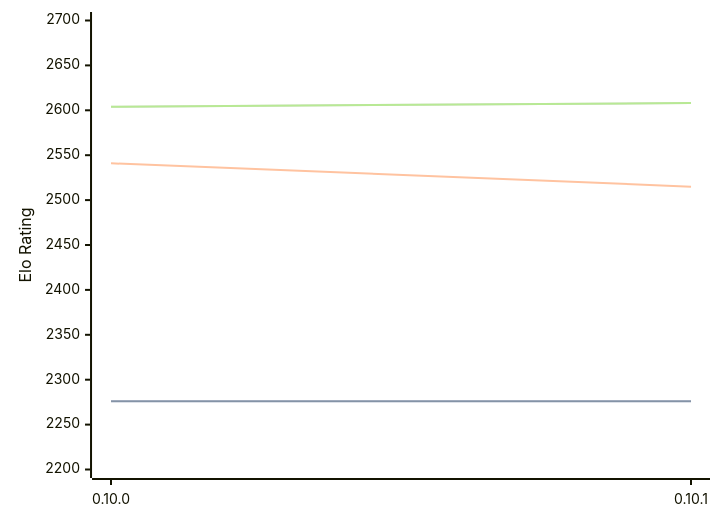
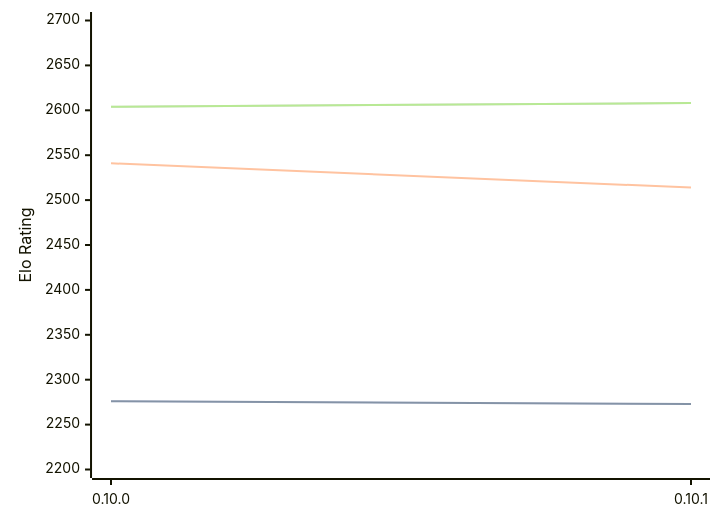
The diagram in engines/Fatalii.md (computer-chess-index/cci), drawn with Mermaid before and after one commit. The commit also changed other lines of this file, not shown here.

````diff
--- a/engines/Fatalii.md
+++ b/engines/Fatalii.md
@@ -32,11 +32,11 @@
 ```mermaid
 %%{init: {"theme":"base","themeVariables":{"seriesColors:['#a3a3a3','#222221','#faa371']}}}%%
 xychart-beta
   x-axis ["0.10.0", "0.10.1"]
   y-axis "Elo Rating" 2200 --> 2700
-  line "" [2276, 2276]
-  line "STC (8.0+0.08s)" [2276, 2276]
-  line "LTC (60.0+0.60s)" [2541, 2515]
+  line "" [2276, 2273]
+  line "STC (8.0+0.08s)" [2276, 2273]
+  line "LTC (60.0+0.60s)" [2541, 2514]
   line "" [2604, 2608]
   line "VLTC (2m24s+1.12s)" [2604, 2608]
 ```
````
